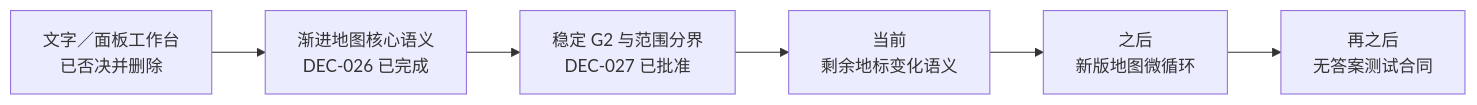
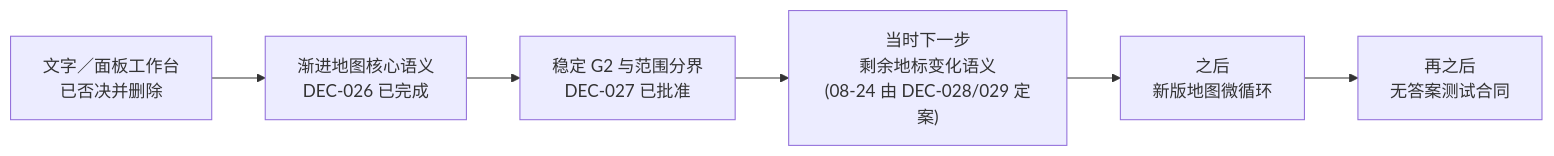
Diagram 17 of 18 in docs/project/overview/03-MILESTONES.md (NomuTsuki/zhangyan), drawn with Mermaid before and after one commit. The commit also changed other lines of this file and 9 other files, not shown here.

````diff
--- a/docs/project/overview/03-MILESTONES.md
+++ b/docs/project/overview/03-MILESTONES.md
@@ -279,8 +279,8 @@
 ```mermaid
 flowchart LR
     Old["文字／面板工作台<br/>已否决并删除"] --> Semantics["渐进地图核心语义<br/>DEC-026 已完成"]
     Semantics --> StableG2["稳定 G2 与范围分界<br/>DEC-027 已批准"]
-    StableG2 --> Landmark["当前<br/>剩余地标变化语义"]
+    StableG2 --> Landmark["当时下一步<br/>剩余地标变化语义<br/>(08-24 由 DEC-028/029 定案)"]
     Landmark --> Prototype["之后<br/>新版地图微循环"]
     Prototype --> Contract["再之后<br/>无答案测试合同"]
 ```
````
